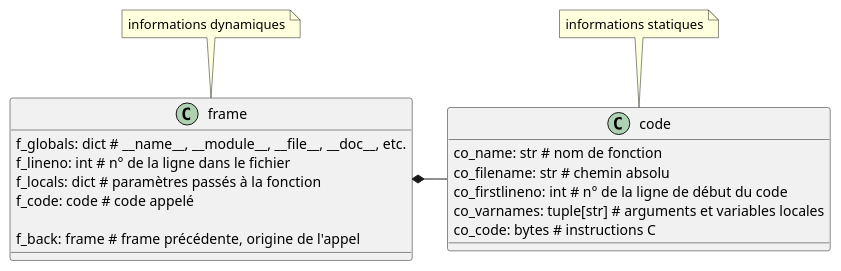
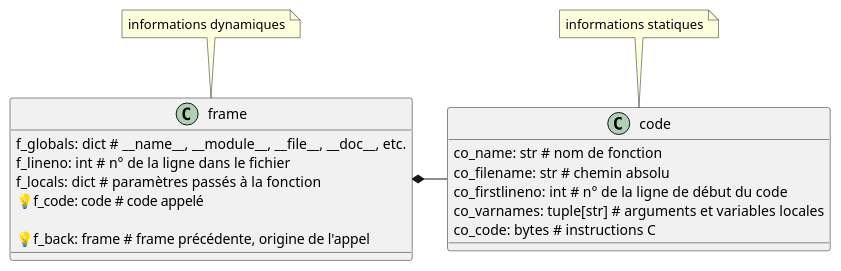
Before and after one commit to lucsorel/doc-tracing: the second of 9 diagrams in 2023.06.29-BreizhCamp-doc-tracing_quicky_fr.adoc, drawn with PlantUML. The commit also changed other lines of this file, not shown here.

```diff
--- a/2023.06.29-BreizhCamp-doc-tracing_quicky_fr.adoc
+++ b/2023.06.29-BreizhCamp-doc-tracing_quicky_fr.adoc
@@ -180,23 +180,23 @@
 [plantuml, target=class-diagram, format=svg]
 ----
 @startuml frame
 class frame {
   f_globals: dict # __name__, __module__, __file__, __doc__, etc.
   f_lineno: int # n° de la ligne dans le fichier
   f_locals: dict # paramètres passés à la fonction
-  f_code: code # code appelé
+  💡f_code: code # code appelé
 
-  f_back: frame # frame précédente, origine de l'appel
+  💡f_back: frame # frame précédente, origine de l'appel
 }
 class code {
   co_name: str # nom de fonction
   co_filename: str # chemin absolu
   co_firstlineno: int # n° de la ligne de début du code
   co_varnames: tuple[str] # arguments et variables locales
   co_code: bytes # instructions C
 }
 frame *- code
 note top of frame : informations dynamiques
 note top of code : informations statiques
 @enduml
 ----
```
